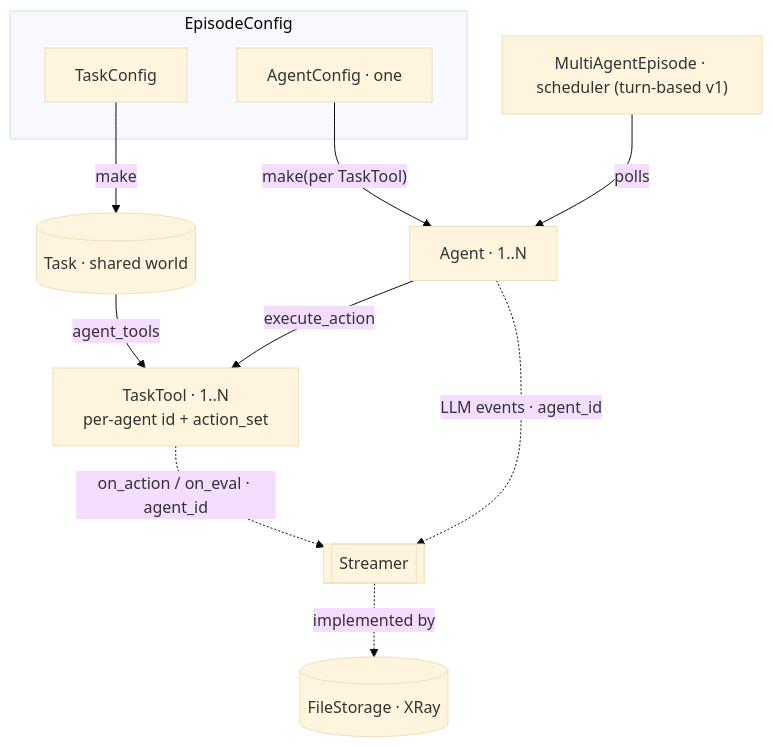
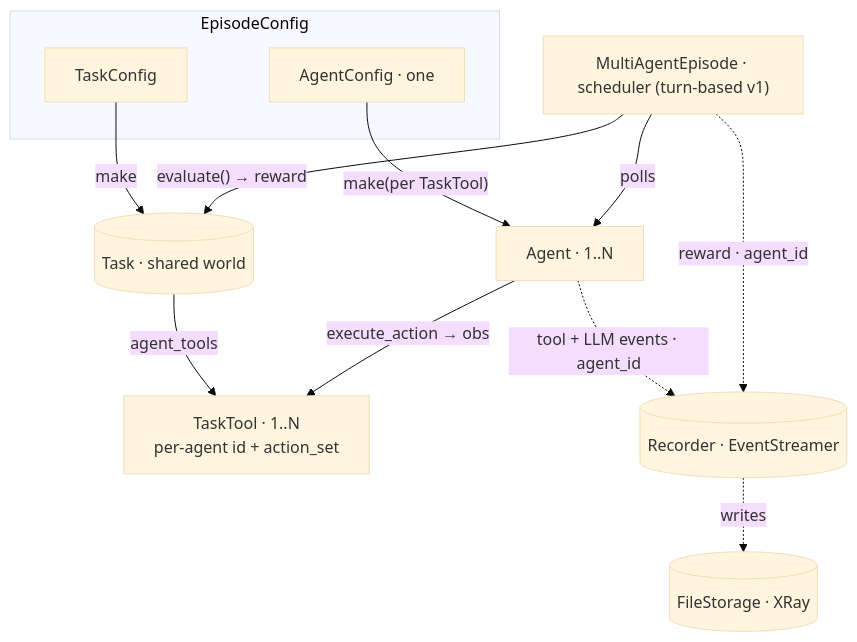
The diagram in openspec/changes/multi-agent-episode/proposal.md (Surya-5555/cube-harness), drawn with Mermaid (base theme) before and after one commit. The commit also changed other lines of this file and 1 other file, not shown here.

````diff
--- a/openspec/changes/multi-agent-episode/proposal.md
+++ b/openspec/changes/multi-agent-episode/proposal.md
@@ -68,16 +68,17 @@
 ```mermaid
 flowchart TB
   subgraph CFG["EpisodeConfig"]
     AC["AgentConfig · one"]
     TC["TaskConfig"]
   end
   AR["MultiAgentEpisode · scheduler (turn-based v1)"]
   TC -->|make| TASK[("Task · shared world")]
   TASK -->|agent_tools| TTS["TaskTool · 1..N<br/>per-agent id + action_set"]
   AC -->|"make(per TaskTool)"| AGS["Agent · 1..N"]
   AR -->|polls| AGS
-  AGS -->|execute_action| TTS
-  TTS -. "on_action / on_eval · agent_id" .-> ST[["Streamer"]]
-  AGS -. "LLM events · agent_id" .-> ST
-  ST -. implemented by .-> SINK[("FileStorage · XRay")]
+  AGS -->|execute_action → obs| TTS
+  AR -->|"evaluate() → reward"| TASK
+  AGS -. "tool + LLM events · agent_id" .-> ST[("Recorder · EventStreamer")]
+  AR -. "reward · agent_id" .-> ST
+  ST -. writes .-> SINK[("FileStorage · XRay")]
 ```
````
